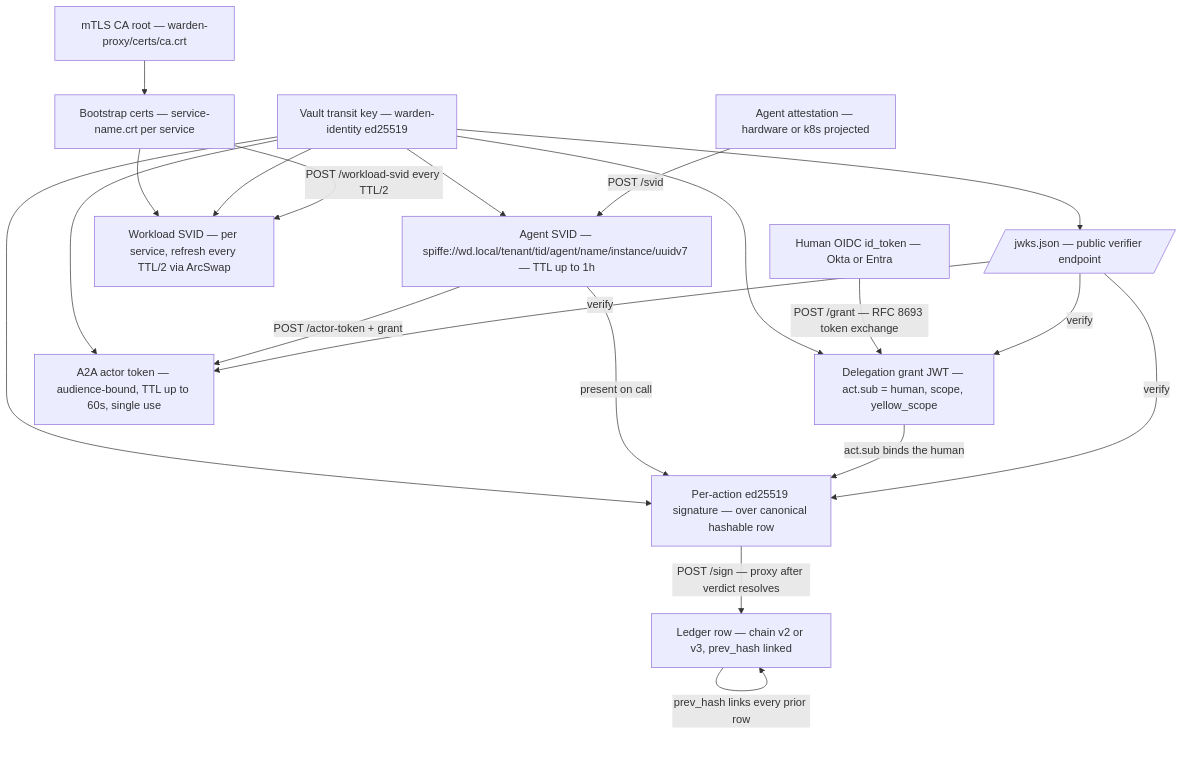
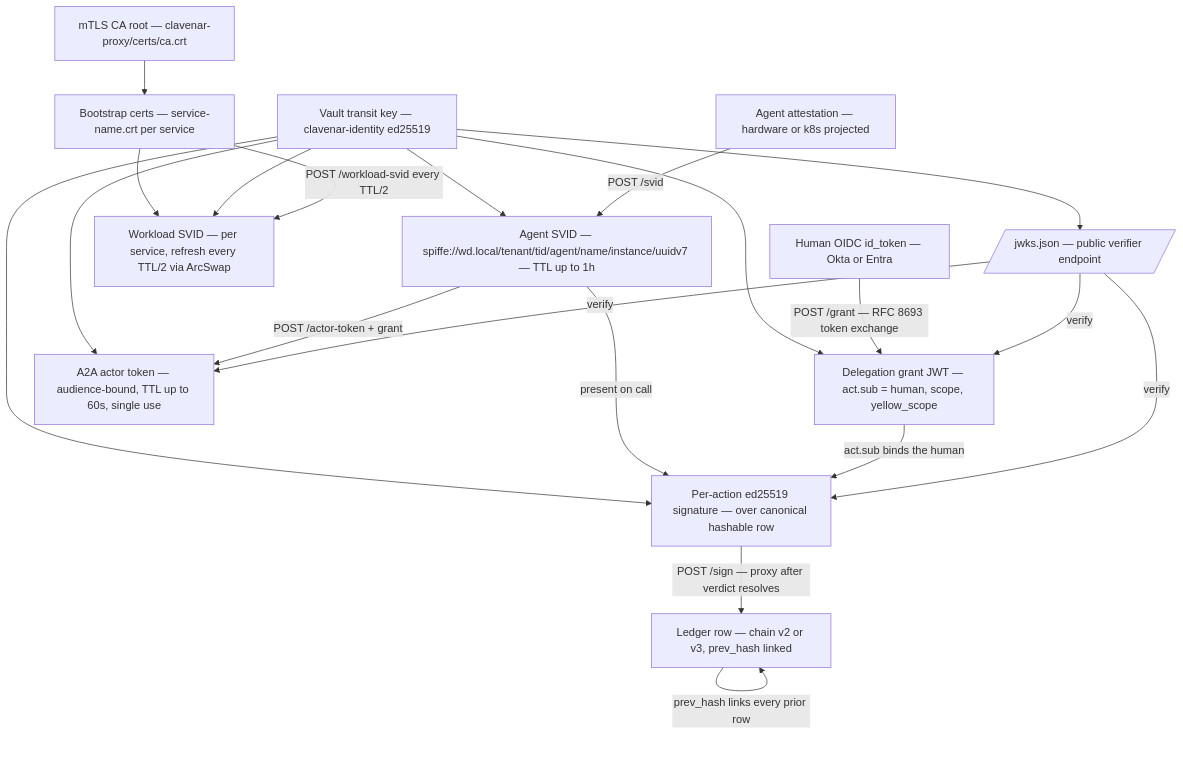
Before and after one commit to clavenar/clavenar-specs: the fifth of 5 diagrams in docs/ARCHITECTURE.md, drawn with Mermaid. The commit also changed other lines of this file and 7 other files, not shown here.

First line of the commit message:
rename product Agent Warden → Clavenar

````diff
--- a/docs/ARCHITECTURE.md
+++ b/docs/ARCHITECTURE.md
@@ -263,41 +263,41 @@
 ```mermaid
 flowchart TD
-  CA[mTLS CA root — warden-proxy/certs/ca.crt]
-  Vault[Vault transit key — warden-identity ed25519]
+  CA[mTLS CA root — clavenar-proxy/certs/ca.crt]
+  Vault[Vault transit key — clavenar-identity ed25519]
 
   Bootstrap[Bootstrap certs — service-name.crt per service]
   AgentAttest[Agent attestation — hardware or k8s projected]
   HumanOIDC[Human OIDC id_token — Okta or Entra]
 
   SVID[Agent SVID — spiffe://wd.local/tenant/tid/agent/name/instance/uuidv7 — TTL up to 1h]
   Grant[Delegation grant JWT — act.sub = human, scope, yellow_scope]
   ActorToken[A2A actor token — audience-bound, TTL up to 60s, single use]
   WorkloadSVID[Workload SVID — per service, refresh every TTL/2 via ArcSwap]
   Sign[Per-action ed25519 signature — over canonical hashable row]
   LedgerRow[Ledger row — chain v2 or v3, prev_hash linked]
 
   JWKS[/jwks.json — public verifier endpoint/]
 
   CA --> Bootstrap
   Bootstrap --> WorkloadSVID
   Vault --> SVID
   Vault --> Grant
   Vault --> ActorToken
   Vault --> WorkloadSVID
   Vault --> Sign
 
   AgentAttest -->|POST /svid| SVID
   HumanOIDC -->|POST /grant — RFC 8693 token exchange| Grant
   SVID -->|POST /actor-token + grant| ActorToken
   Bootstrap -->|POST /workload-svid every TTL/2| WorkloadSVID
 
   SVID -->|present on call| Sign
   Grant -->|act.sub binds the human| Sign
   Sign -->|POST /sign — proxy after verdict resolves| LedgerRow
   LedgerRow -->|prev_hash links every prior row| LedgerRow
 
   Vault --> JWKS
   JWKS -->|verify| Sign
   JWKS -->|verify| Grant
   JWKS -->|verify| ActorToken
 ```
````
